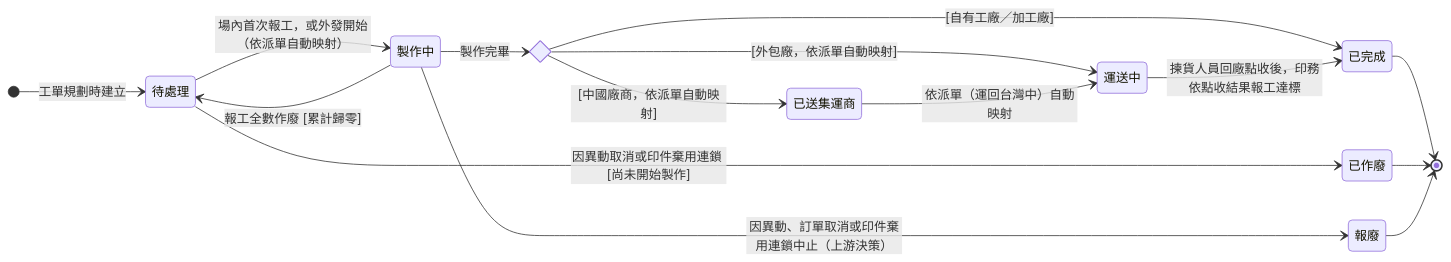
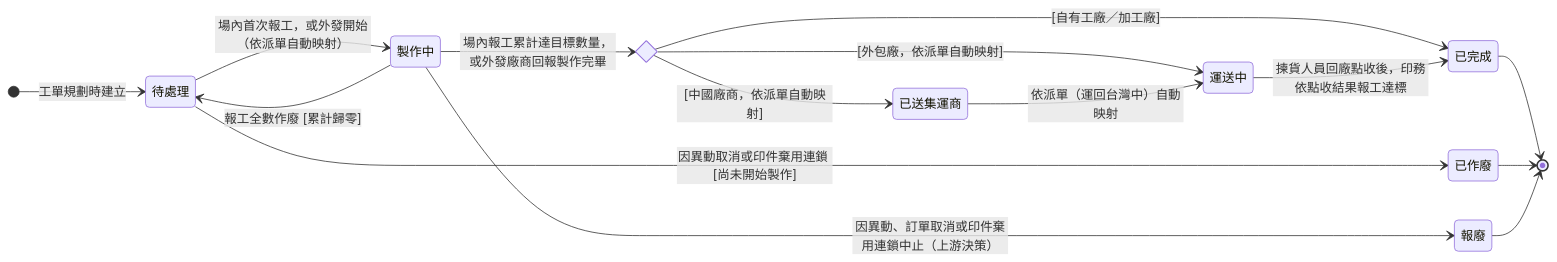
The diagram in memory/Sens_wiki/wiki/erp/06-state-machines/生產任務狀態.md (Kawato-Miles/erp-spec), drawn with Mermaid before and after one commit. The commit also changed other lines of this file and 26 other files, not shown here.

````diff
--- a/memory/Sens_wiki/wiki/erp/06-state-machines/生產任務狀態.md
+++ b/memory/Sens_wiki/wiki/erp/06-state-machines/生產任務狀態.md
@@ -49,32 +49,32 @@
 ```mermaid
 stateDiagram-v2
     direction LR
 
     [*] --> s_pending : 工單規劃時建立
 
     state "待處理" as s_pending
     state "製作中" as s_making
     state "已送集運商" as s_consolidator
     state "運送中" as s_shipping
     state "已完成" as s_done
     state "已作廢" as s_void
     state "報廢" as s_scrap
     state route <<choice>>
 
     s_pending --> s_making : 場內首次報工，或外發開始（依派單自動映射）
-    s_making --> route : 製作完畢
+    s_making --> route : 場內報工累計達目標數量，或外發廠商回報製作完畢
     route --> s_done : [自有工廠／加工廠]
     route --> s_shipping : [外包廠，依派單自動映射]
     route --> s_consolidator : [中國廠商，依派單自動映射]
     s_consolidator --> s_shipping : 依派單（運回台灣中）自動映射
     s_shipping --> s_done : 揀貨人員回廠點收後，印務依點收結果報工達標
 
     s_making --> s_pending : 報工全數作廢 [累計歸零]
 
     s_pending --> s_void : 因異動取消或印件棄用連鎖 [尚未開始製作]
     s_making --> s_scrap : 因異動、訂單取消或印件棄用連鎖中止（上游決策）
 
     s_done --> [*]
     s_void --> [*]
     s_scrap --> [*]
 ```
````
